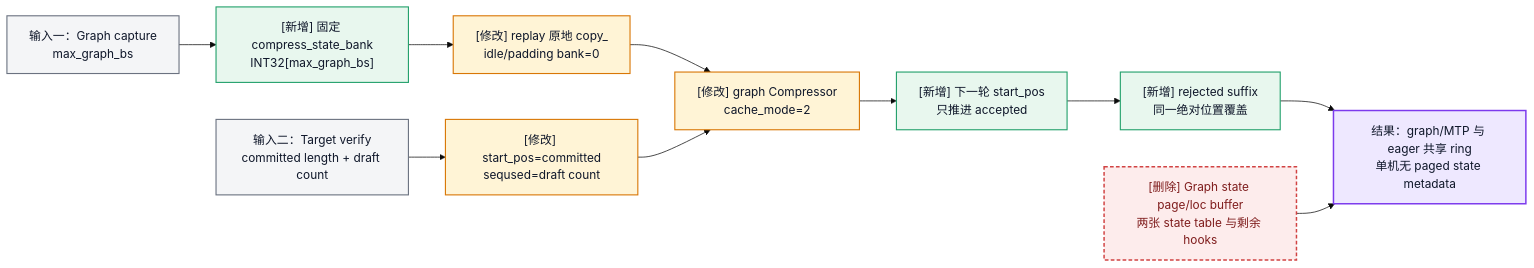
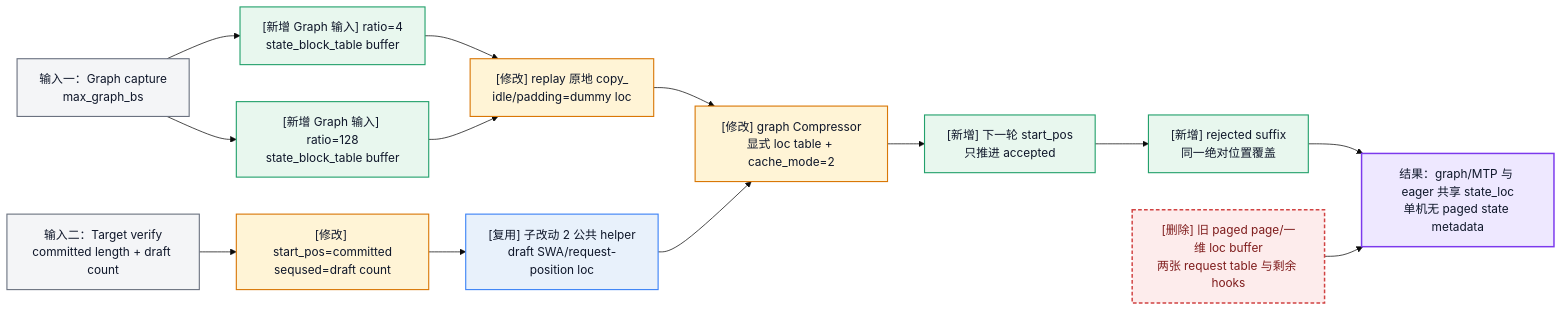
One commit to Talantan1102/sglang changed diagram 15 of 19 in python/sglang/srt/hardware_backend/npu/dsv4/NPU_DSV4_CACHE_REFACTOR.md. Above: the diagram before and after it, drawn with Mermaid (base theme). The commit also changed other lines of this file and 19 other files, not shown here.

Commit message:
refactor(npu): switch DSV4 compressor state to ring storage

````diff
--- a/python/sglang/srt/hardware_backend/npu/dsv4/NPU_DSV4_CACHE_REFACTOR.md
+++ b/python/sglang/srt/hardware_backend/npu/dsv4/NPU_DSV4_CACHE_REFACTOR.md
@@ -603,23 +628,27 @@
 ```mermaid
 flowchart LR
     Capture["输入一：Graph capture<br/>max_graph_bs"]:::neutral
-    BankBuf["[新增] 固定 compress_state_bank<br/>INT32[max_graph_bs]"]:::added
-    Replay["[修改] replay 原地 copy_<br/>idle/padding bank=0"]:::changed
+    C4Buf["[新增 Graph 输入] ratio=4<br/>state_block_table buffer"]:::added
+    C128Buf["[新增 Graph 输入] ratio=128<br/>state_block_table buffer"]:::added
+    Replay["[修改] replay 原地 copy_<br/>idle/padding=dummy loc"]:::changed
     Verify["输入二：Target verify<br/>committed length + draft count"]:::neutral
     Meta["[修改] start_pos=committed<br/>seqused=draft count"]:::changed
-    Op["[修改] graph Compressor<br/>cache_mode=2"]:::changed
+    DraftLoc["[复用] 子改动 2 公共 helper<br/>draft SWA/request-position loc"]:::reused
+    Op["[修改] graph Compressor<br/>显式 loc table + cache_mode=2"]:::changed
     Accept["[新增] 下一轮 start_pos<br/>只推进 accepted"]:::added
     Overwrite["[新增] rejected suffix<br/>同一绝对位置覆盖"]:::added
-    Cleanup["[删除] Graph state page/loc buffer<br/>两张 state table 与剩余 hooks"]:::deleted
-    Result["结果：graph/MTP 与 eager 共享 ring<br/>单机无 paged state metadata"]:::result
+    Cleanup["[删除] 旧 paged page/一维 loc buffer<br/>两张 request table 与剩余 hooks"]:::deleted
+    Result["结果：graph/MTP 与 eager 共享 state_loc<br/>单机无 paged state metadata"]:::result
 
-    Capture --> BankBuf --> Replay --> Op
-    Verify --> Meta --> Op --> Accept --> Overwrite --> Result
+    Capture --> C4Buf --> Replay --> Op
+    Capture --> C128Buf --> Replay
+    Verify --> Meta --> DraftLoc --> Op --> Accept --> Overwrite --> Result
     Cleanup --> Result
 
+    classDef reused fill:#E8F1FB,stroke:#3B82F6,color:#0F172A,stroke-width:1.5px;
     classDef added fill:#E8F7EE,stroke:#22A06B,color:#0F172A,stroke-width:1.5px;
     classDef changed fill:#FFF4D6,stroke:#D97706,color:#0F172A,stroke-width:1.5px;
     classDef deleted fill:#FDECEC,stroke:#D14343,color:#7F1D1D,stroke-width:2px,stroke-dasharray:5 3;
     classDef neutral fill:#F4F5F7,stroke:#6B7280,color:#0F172A,stroke-width:1.5px;
     classDef result fill:#EEE8FF,stroke:#7C3AED,color:#0F172A,stroke-width:2px;
 ```
````
